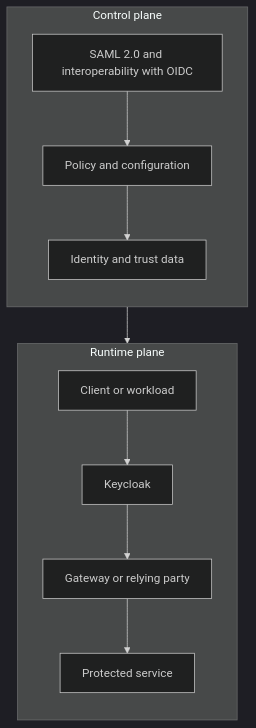
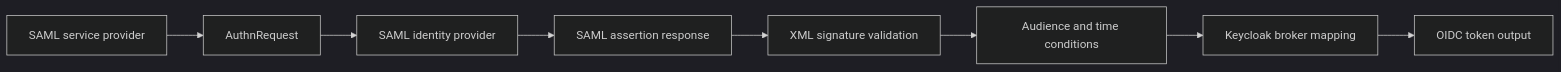
One commit to jeanflorentine/IAM-KeyCloack-Lab changed diagram 14 of 36 in KeyCloack Reference Book.md. Above: the diagram before and after it, drawn with Mermaid (dark theme). The commit also changed other lines of this file, not shown here.

Commit message:
Revise chapter structure diagrams and chapter 31 interview bank

````diff
--- a/KeyCloack Reference Book.md
+++ b/KeyCloack Reference Book.md
@@ -1515,24 +1427,10 @@
 ```mermaid
-flowchart TB
-    subgraph CP[Control plane]
-        direction TB
-        A[SAML 2.0 and interoperability with OIDC]
-        B[Policy and configuration]
-        C[Identity and trust data]
-        A --> B
-        B --> C
-    end
-
-    subgraph RP[Runtime plane]
-        direction TB
-        D[Client or workload]
-        E[Keycloak]
-        F[Gateway or relying party]
-        G[Protected service]
-        D --> E
-        E --> F
-        F --> G
-    end
-
-    CP --> RP
+flowchart LR
+    SP[SAML service provider] --> AuthnReq[AuthnRequest]
+    AuthnReq --> IdP[SAML identity provider]
+    IdP --> Assertion[SAML assertion response]
+    Assertion --> SigCheck[XML signature validation]
+    SigCheck --> Conditions[Audience and time conditions]
+    Conditions --> Broker[Keycloak broker mapping]
+    Broker --> OIDC[OIDC token output]
 ```
````
